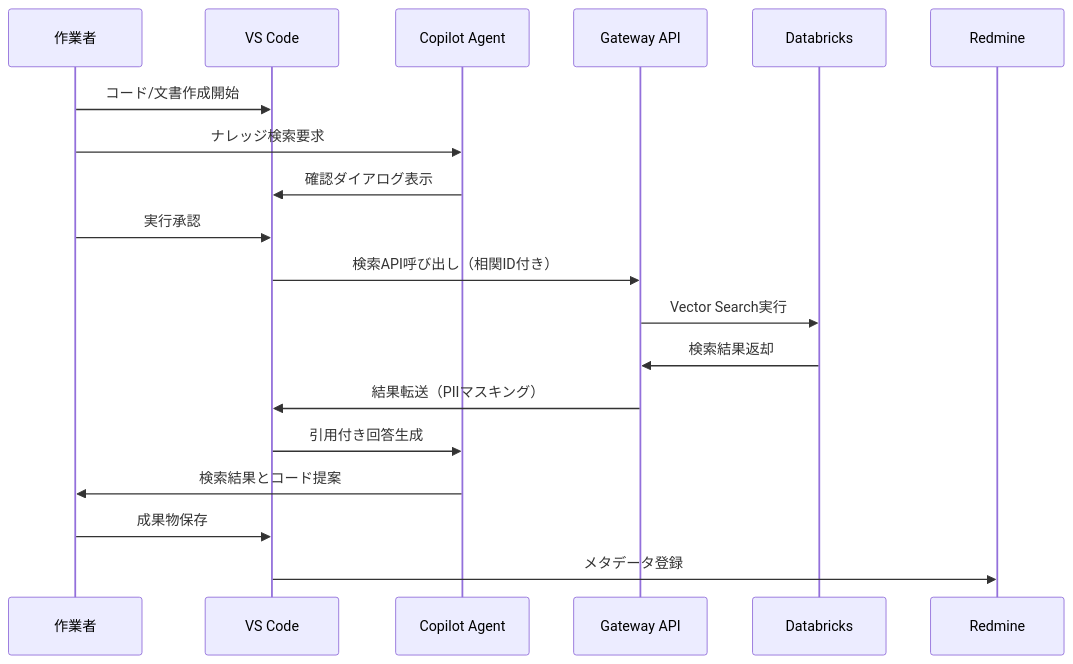
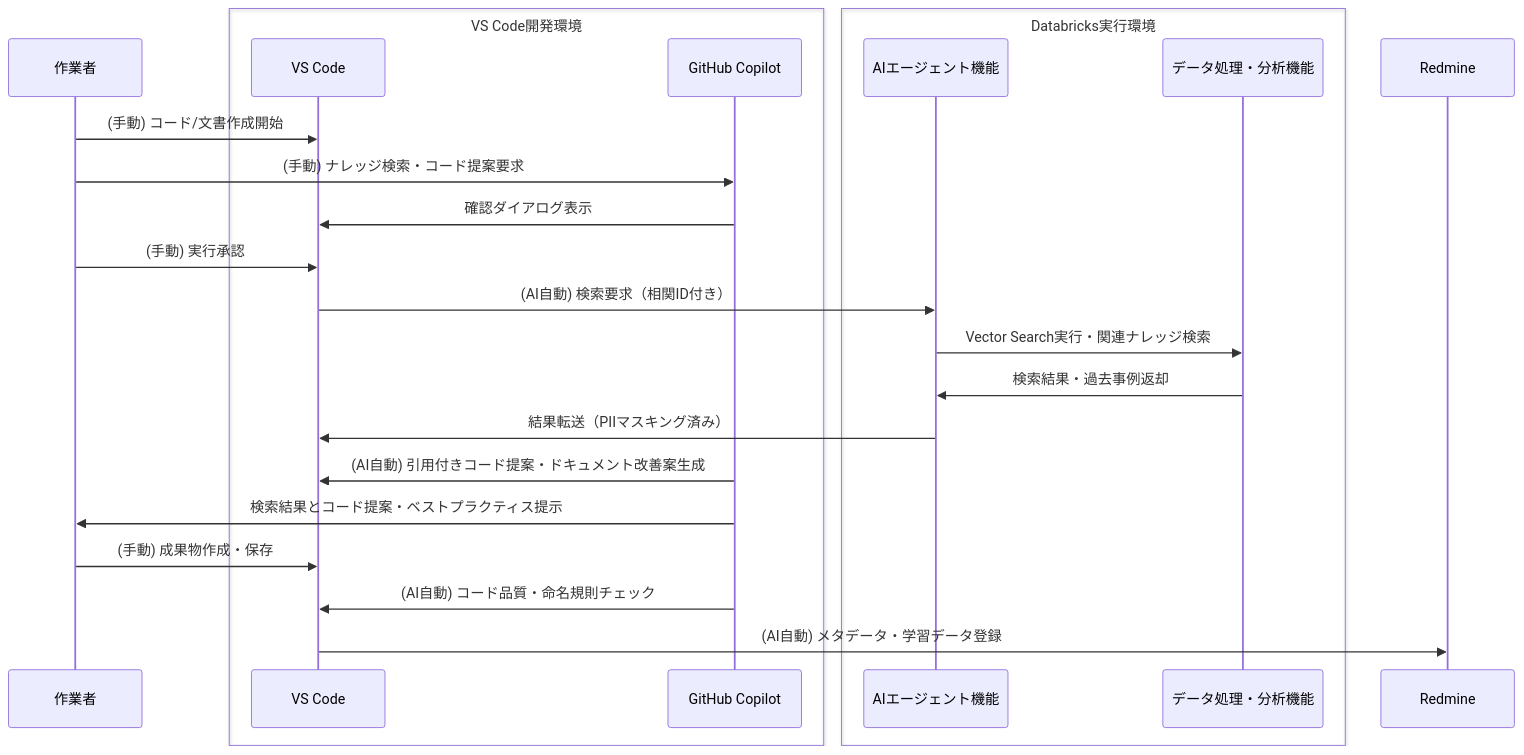
Before and after one commit to daichiTAAA/AgentOpsPlatform: the ninth of 34 diagrams in docs/02000_要件定義/02100_要件定義書.md, drawn with Mermaid. The commit also changed other lines of this file, not shown here.

````diff
--- a/docs/02000_要件定義/02100_要件定義書.md
+++ b/docs/02000_要件定義/02100_要件定義書.md
@@ -235,22 +339,30 @@
 ```mermaid
 sequenceDiagram
     participant W as 作業者
-    participant V as VS Code
-    participant C as Copilot Agent
-    participant G as Gateway API
-    participant D as Databricks
+    
+    box VS Code開発環境
+        participant V as VS Code
+        participant C as GitHub Copilot
+    end
+    
+    box Databricks実行環境
+        participant A as AIエージェント機能
+        participant D as データ処理・分析機能
+    end
+    
     participant R as Redmine
     
-    W->>V: コード/文書作成開始
-    W->>C: ナレッジ検索要求
+    W->>V: (手動) コード/文書作成開始
+    W->>C: (手動) ナレッジ検索・コード提案要求
     C->>V: 確認ダイアログ表示
-    W->>V: 実行承認
-    V->>G: 検索API呼び出し（相関ID付き）
-    G->>D: Vector Search実行
-    D->>G: 検索結果返却
-    G->>V: 結果転送（PIIマスキング）
-    V->>C: 引用付き回答生成
-    C->>W: 検索結果とコード提案
-    W->>V: 成果物保存
-    V->>R: メタデータ登録
+    W->>V: (手動) 実行承認
+    V->>A: (AI自動) 検索要求（相関ID付き）
+    A->>D: Vector Search実行・関連ナレッジ検索
+    D->>A: 検索結果・過去事例返却
+    A->>V: 結果転送（PIIマスキング済み）
+    C->>V: (AI自動) 引用付きコード提案・ドキュメント改善案生成
+    C->>W: 検索結果とコード提案・ベストプラクティス提示
+    W->>V: (手動) 成果物作成・保存
+    C->>V: (AI自動) コード品質・命名規則チェック
+    V->>R: (AI自動) メタデータ・学習データ登録
 ```
````
